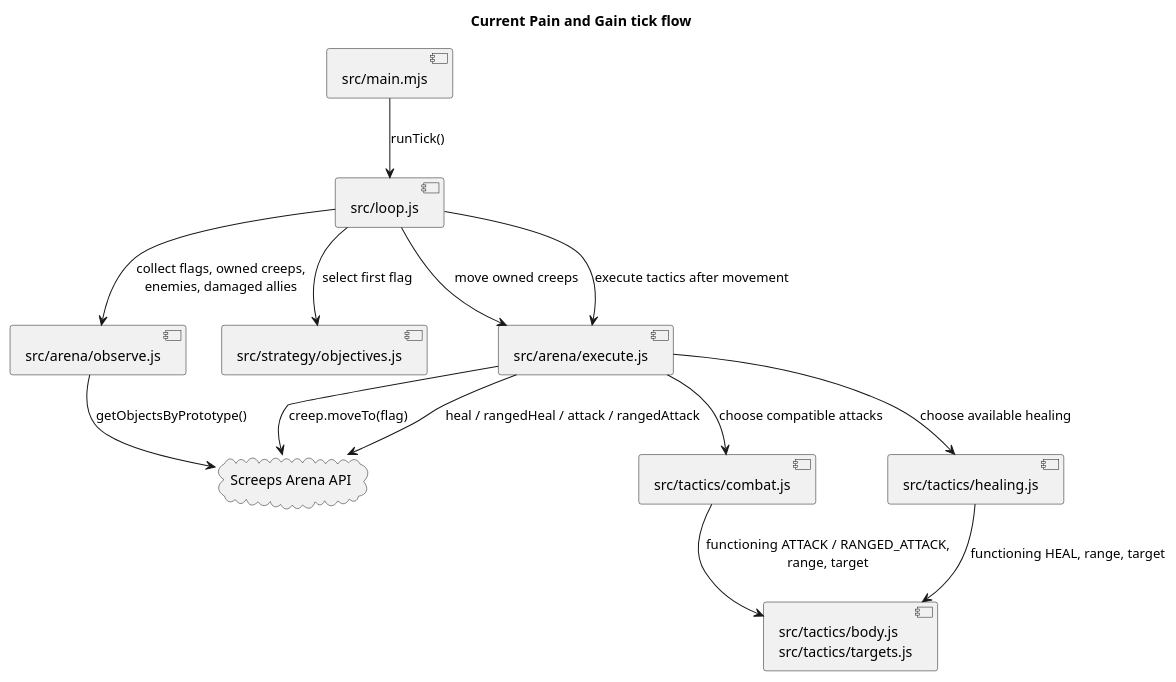
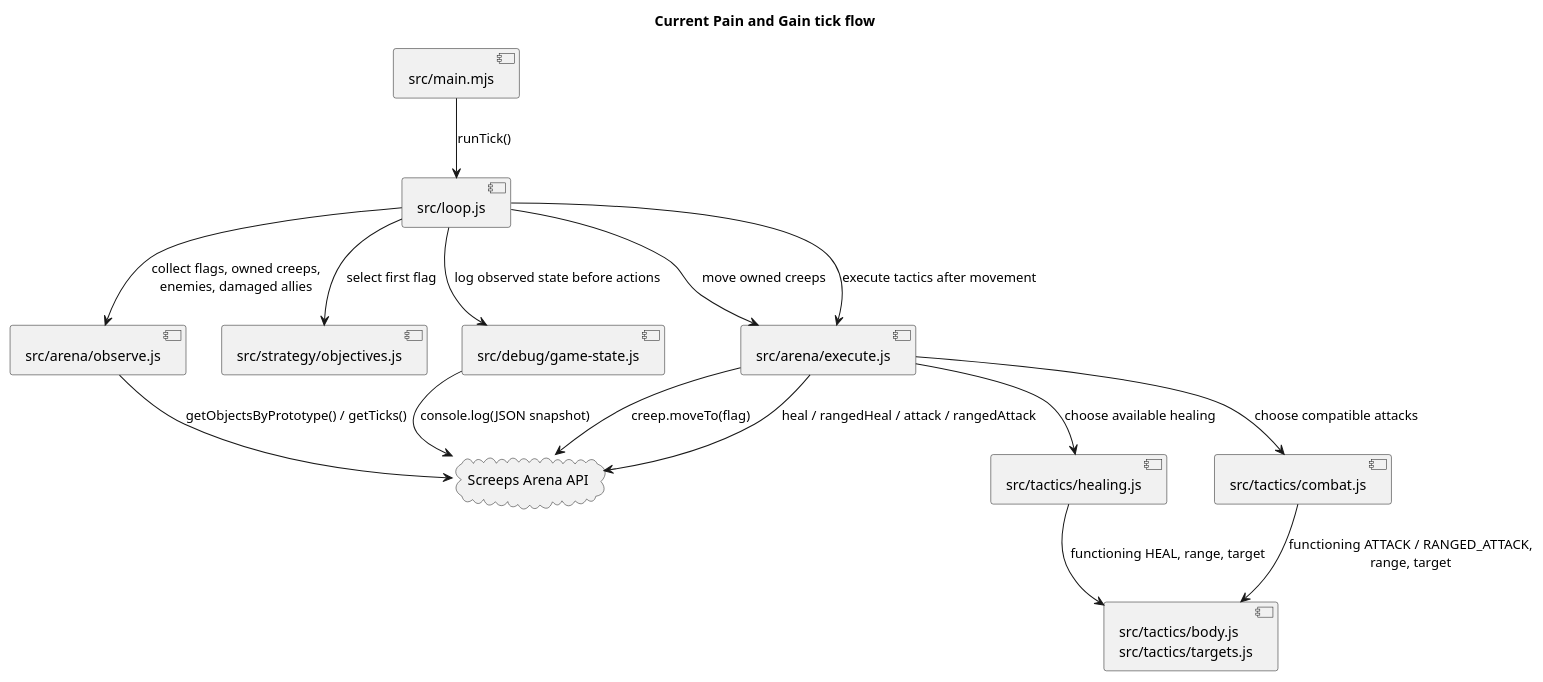
Before and after one commit to zolcsika71/pain_and_gain: the diagram in docs/diagrams/tick-flow.puml, drawn with PlantUML. The commit also changed 8 other files, not shown here.

Commit message:
Log game state every tick

```diff
--- a/docs/diagrams/tick-flow.puml
+++ b/docs/diagrams/tick-flow.puml
@@ -1,27 +1,30 @@
 @startuml
 title Current Pain and Gain tick flow
 
 component "src/main.mjs" as Main
 component "src/loop.js" as Loop
 component "src/arena/observe.js" as Observe
 component "src/strategy/objectives.js" as Objectives
+component "src/debug/game-state.js" as Debug
 component "src/arena/execute.js" as Execute
 component "src/tactics/healing.js" as Healing
 component "src/tactics/combat.js" as Combat
 component "src/tactics/body.js\nsrc/tactics/targets.js" as Eligibility
 cloud "Screeps Arena API" as API
 
 Main --> Loop : runTick()
 Loop --> Observe : collect flags, owned creeps,\nenemies, damaged allies
-Observe --> API : getObjectsByPrototype()
+Observe --> API : getObjectsByPrototype() / getTicks()
 Loop --> Objectives : select first flag
+Loop --> Debug : log observed state before actions
+Debug --> API : console.log(JSON snapshot)
 Loop --> Execute : move owned creeps
 Execute --> API : creep.moveTo(flag)
 Loop --> Execute : execute tactics after movement
 Execute --> Healing : choose available healing
 Execute --> Combat : choose compatible attacks
 Healing --> Eligibility : functioning HEAL, range, target
 Combat --> Eligibility : functioning ATTACK / RANGED_ATTACK,\nrange, target
 Execute --> API : heal / rangedHeal / attack / rangedAttack
 
 @enduml
```
